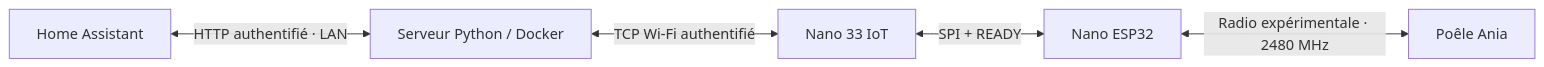
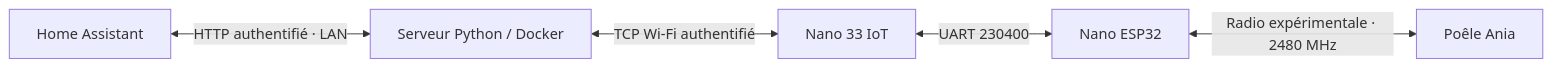
The diagram in README.md (vincevnc08-IDREP/ania-edilkamin-bridge), drawn with Mermaid before and after one commit. The commit also changed other lines of this file and 19 other files, not shown here.

Commit message:
Improve Nano link reliability with UART and faster verified queries

````diff
--- a/README.md
+++ b/README.md
@@ -30,7 +32,7 @@
 ```mermaid
 flowchart LR
  HA[Home Assistant] <-->|HTTP authentifié · LAN| S[Serveur Python / Docker]
  S <-->|TCP Wi-Fi authentifié| I[Nano 33 IoT]
- I <-->|SPI + READY| E[Nano ESP32]
+ I <-->|UART 230400| E[Nano ESP32]
  E <-->|Radio expérimentale · 2480 MHz| P[Poêle Ania]
 ```
````
